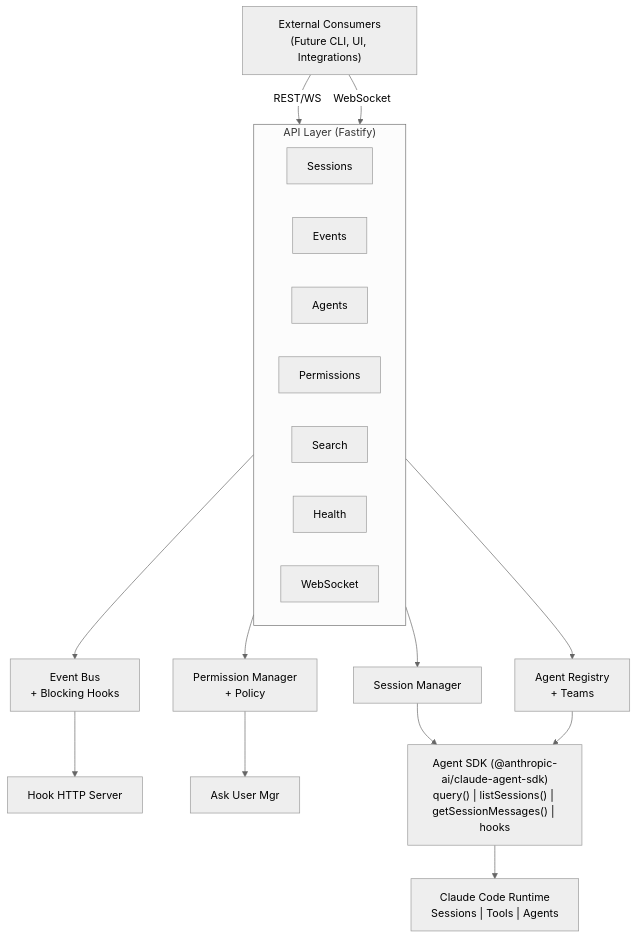
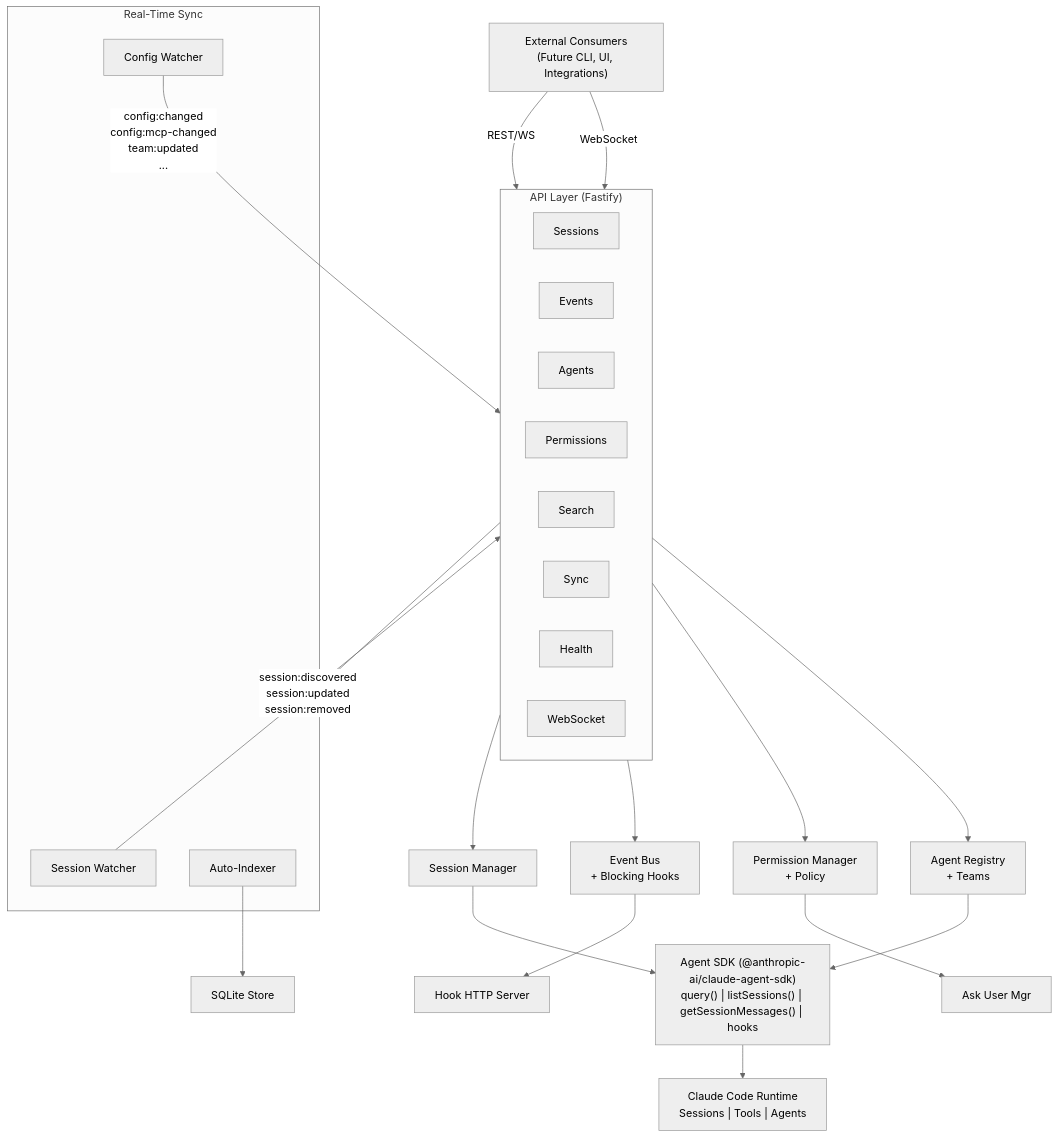
Before and after one commit to juanbermudez/cc-middleware: the first of 4 diagrams in docs/architecture/README.md, drawn with Mermaid (neutral theme). The commit also changed other lines of this file and 17 other files, not shown here.

First line of the commit message:
Update all documentation for Phase 12 real-time sync and model passthrough

````diff
--- a/docs/architecture/README.md
+++ b/docs/architecture/README.md
@@ -7,30 +7,42 @@
 ```mermaid
 graph TD
     EC["External Consumers<br/>(Future CLI, UI, Integrations)"]
     EC -->|"REST/WS"| API
     EC -->|"WebSocket"| API
 
     subgraph API["API Layer (Fastify)"]
         direction LR
         Sessions
         Events
         Agents
         Permissions
         Search
+        Sync
         Health
         WS["WebSocket"]
     end
 
     API --> SM["Session Manager"]
     API --> EB["Event Bus<br/>+ Blocking Hooks"]
     API --> PM["Permission Manager<br/>+ Policy"]
     API --> AR["Agent Registry<br/>+ Teams"]
+    API --> RS["Real-Time Sync"]
 
     EB --> HookHTTP["Hook HTTP Server"]
     PM --> AskUser["Ask User Mgr"]
+
+    subgraph RS["Real-Time Sync"]
+        SW["Session Watcher"]
+        CW["Config Watcher"]
+        AI["Auto-Indexer"]
+    end
+
+    SW -->|"session:discovered<br/>session:updated<br/>session:removed"| WS
+    CW -->|"config:changed<br/>config:mcp-changed<br/>team:updated<br/>..."| WS
+    AI --> Store["SQLite Store"]
 
     SM --> SDK["Agent SDK (@anthropic-ai/claude-agent-sdk)<br/>query() | listSessions() | getSessionMessages() | hooks"]
     AR --> SDK
 
     SDK --> CC["Claude Code Runtime<br/>Sessions | Tools | Agents"]
 ```
````
